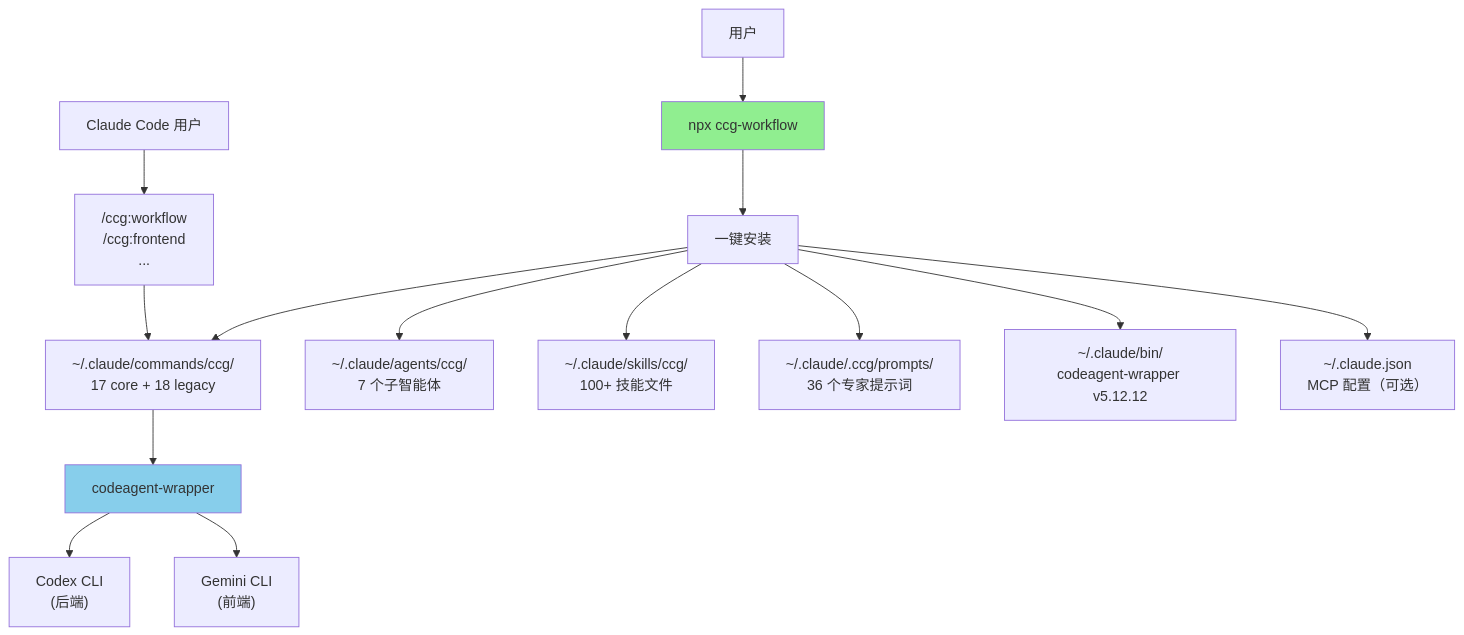
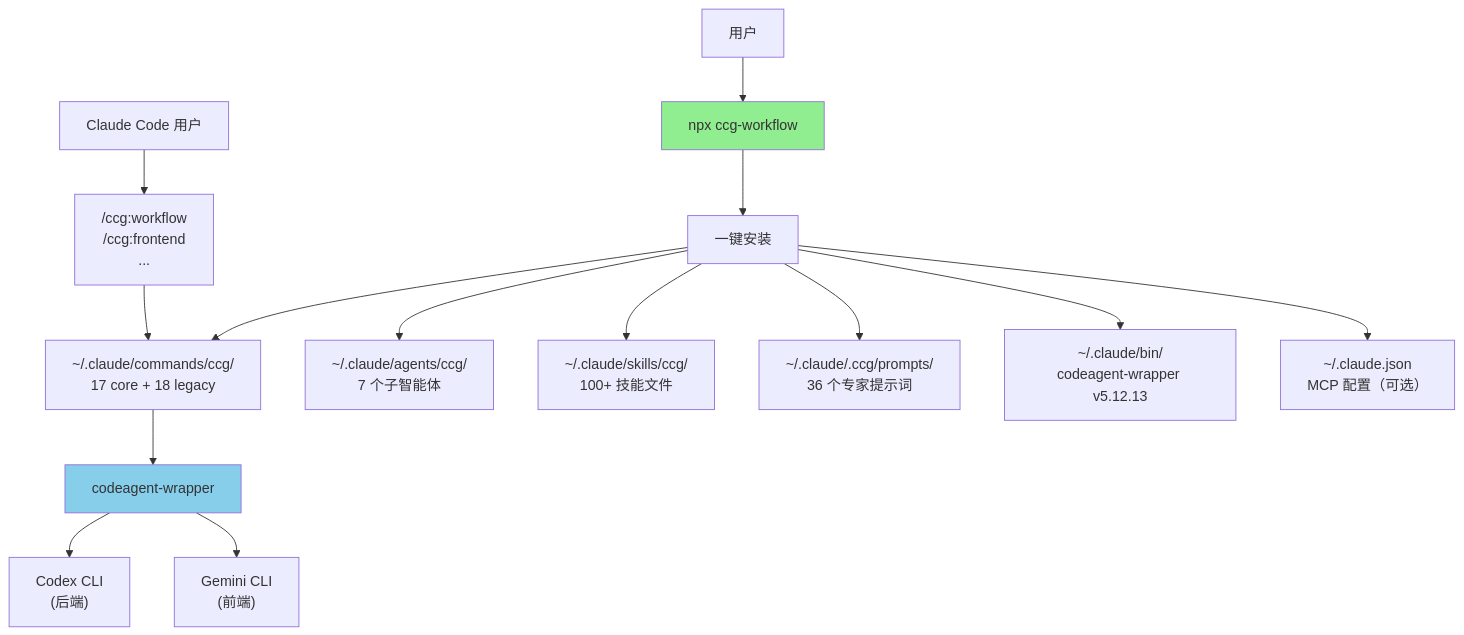
Before and after one commit to jed-zed/ccg-gptpro-worflow: the diagram in CLAUDE.md, drawn with Mermaid. The commit also changed other lines of this file and 16 other files, not shown here.

````diff
--- a/CLAUDE.md
+++ b/CLAUDE.md
@@ -722,22 +727,22 @@
 ```mermaid
 graph TD
     User["用户"] --> CLI["npx ccg-workflow"]
     CLI --> Init["一键安装"]
 
     Init --> Commands["~/.claude/commands/ccg/<br/>17 core + 18 legacy"]
     Init --> Agents["~/.claude/agents/ccg/<br/>7 个子智能体"]
     Init --> Skills["~/.claude/skills/ccg/<br/>100+ 技能文件"]
     Init --> Prompts["~/.claude/.ccg/prompts/<br/>36 个专家提示词"]
-    Init --> Binary["~/.claude/bin/<br/>codeagent-wrapper v5.12.12"]
+    Init --> Binary["~/.claude/bin/<br/>codeagent-wrapper v5.12.13"]
     Init --> MCP["~/.claude.json<br/>MCP 配置（可选）"]
 
     User2["Claude Code 用户"] --> SlashCmd["/ccg:workflow<br/>/ccg:frontend<br/>..."]
     SlashCmd --> Commands
 
     Commands --> Wrapper["codeagent-wrapper"]
     Wrapper --> Codex["Codex CLI<br/>(后端)"]
     Wrapper --> Gemini["Gemini CLI<br/>(前端)"]
 
     style CLI fill:#90EE90
     style Wrapper fill:#87CEEB
 ```
````
